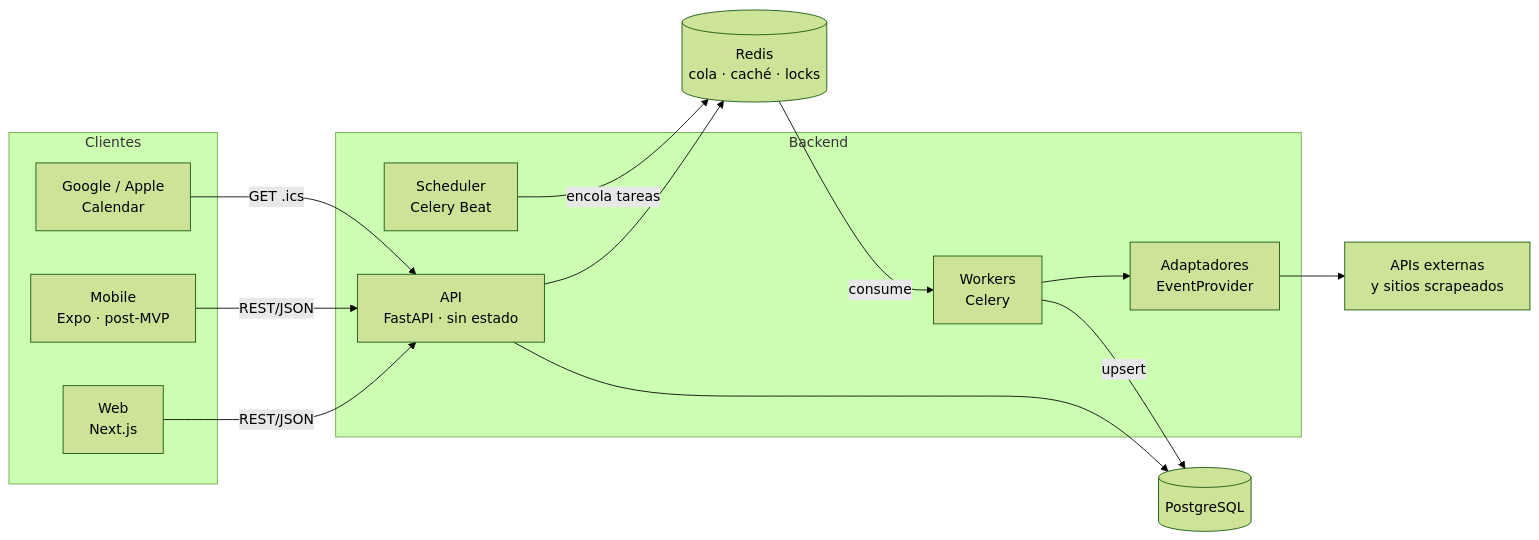
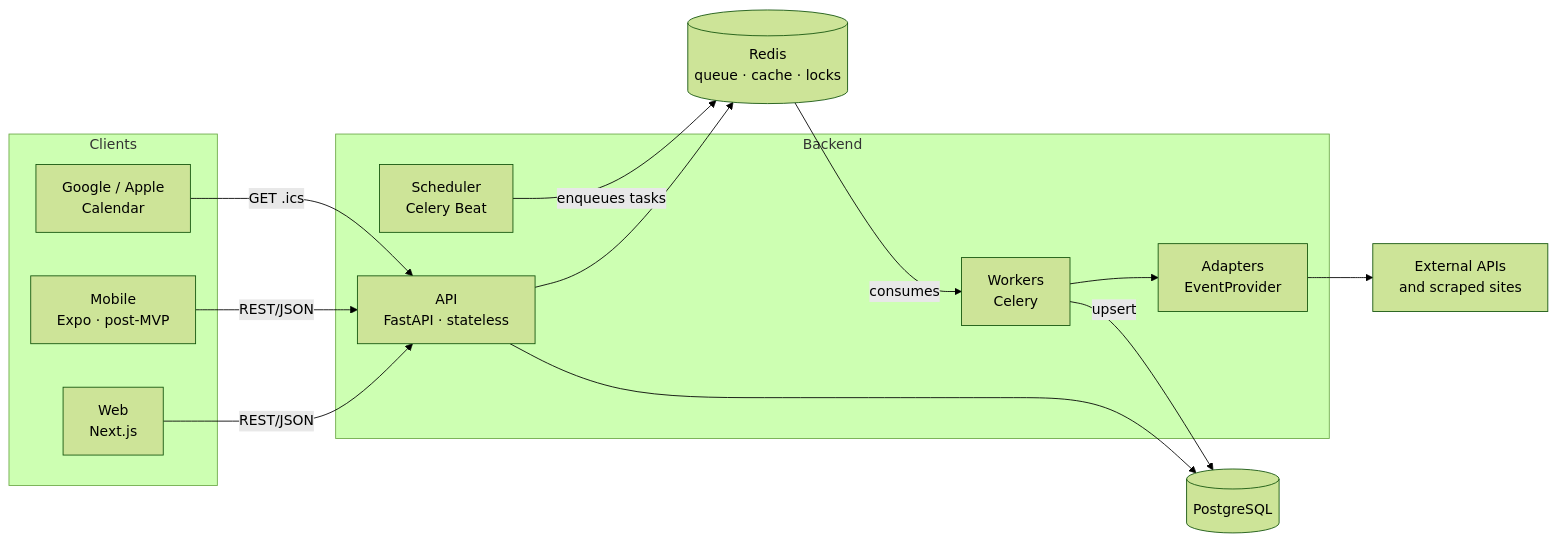
One commit to fjtorresn/sports-calendar changed the second of 2 diagrams in docs/design.md. Above: the diagram before and after it, drawn with Mermaid (forest theme). The commit also changed other lines of this file and 10 other files, not shown here.

````diff
--- a/docs/design.md
+++ b/docs/design.md
@@ -304,29 +301,29 @@
 ```mermaid
 flowchart LR
-    subgraph Clientes
+    subgraph Clients
         WEB[Web<br/>Next.js]
         MOB[Mobile<br/>Expo · post-MVP]
         CAL[Google / Apple<br/>Calendar]
     end
 
     subgraph Backend
-        API[API<br/>FastAPI · sin estado]
+        API[API<br/>FastAPI · stateless]
         BEAT[Scheduler<br/>Celery Beat]
         WRK[Workers<br/>Celery]
-        PROV[Adaptadores<br/>EventProvider]
+        PROV[Adapters<br/>EventProvider]
     end
 
     PG[(PostgreSQL)]
-    RD[(Redis<br/>cola · caché · locks)]
-    EXT[APIs externas<br/>y sitios scrapeados]
+    RD[(Redis<br/>queue · cache · locks)]
+    EXT[External APIs<br/>and scraped sites]
 
     WEB -- REST/JSON --> API
     MOB -- REST/JSON --> API
     CAL -- GET .ics --> API
     API --> PG
     API --> RD
-    BEAT -- encola tareas --> RD
-    RD -- consume --> WRK
+    BEAT -- enqueues tasks --> RD
+    RD -- consumes --> WRK
     WRK --> PROV --> EXT
     WRK -- upsert --> PG
 ```
````
